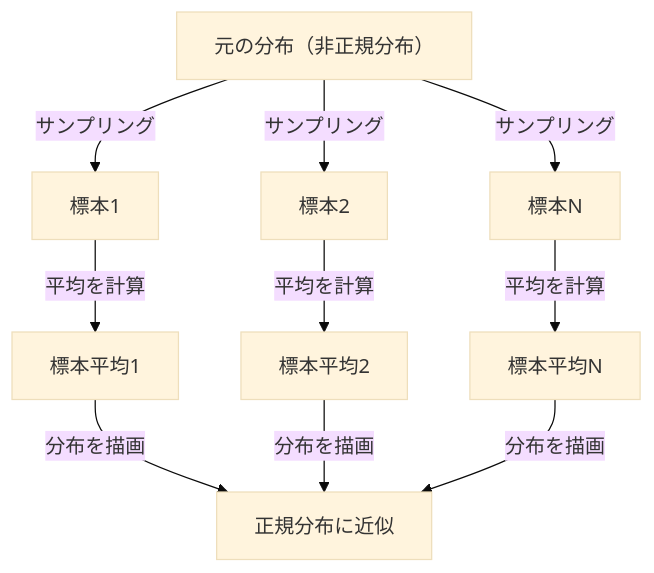
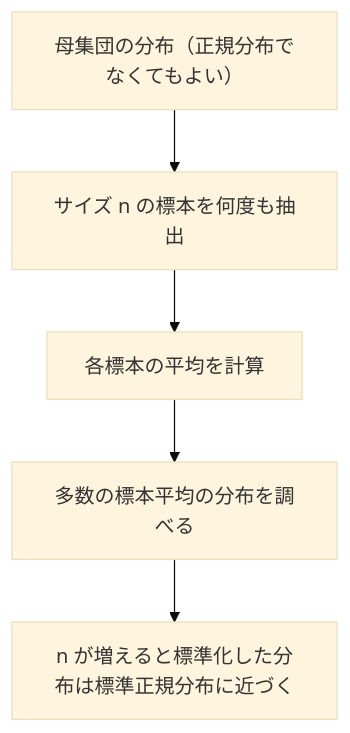
The diagram in content/post/central-limit-theorem/index.md (kenjinote/blog), drawn with Mermaid (base theme) before and after one commit. The commit also changed other lines of this file and 15 other files, not shown here.

````diff
--- a/content/post/central-limit-theorem/index.md
+++ b/content/post/central-limit-theorem/index.md
@@ -44,12 +44,7 @@
 ```mermaid
 graph TD
-    A["元の分布（非正規分布）"] -->|"サンプリング"| B["標本1"]
-    A -->|"サンプリング"| C["標本2"]
-    A -->|"サンプリング"| D["標本N"]
-    B -->|"平均を計算"| E["標本平均1"]
-    C -->|"平均を計算"| F["標本平均2"]
-    D -->|"平均を計算"| G["標本平均N"]
-    E -->|"分布を描画"| H["正規分布に近似"]
-    F -->|"分布を描画"| H
-    G -->|"分布を描画"| H
+    A["母集団の分布（正規分布でなくてもよい）"] --> B["サイズ n の標本を何度も抽出"]
+    B --> C["各標本の平均を計算"]
+    C --> D["多数の標本平均の分布を調べる"]
+    D --> E["n が増えると標準化した分布は標準正規分布に近づく"]
 ```
````
